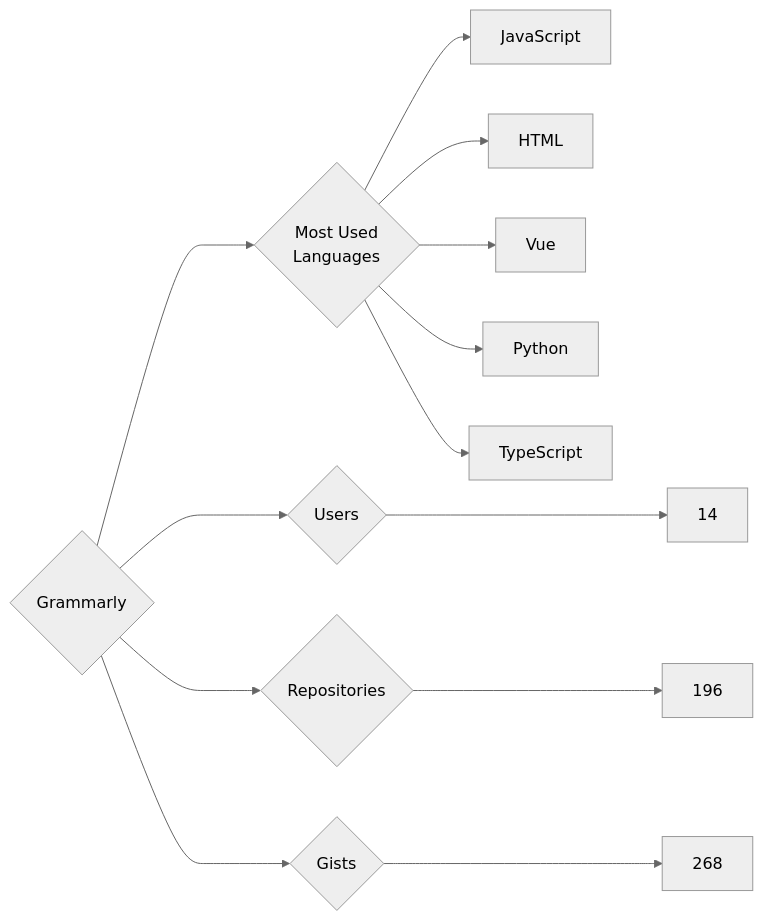
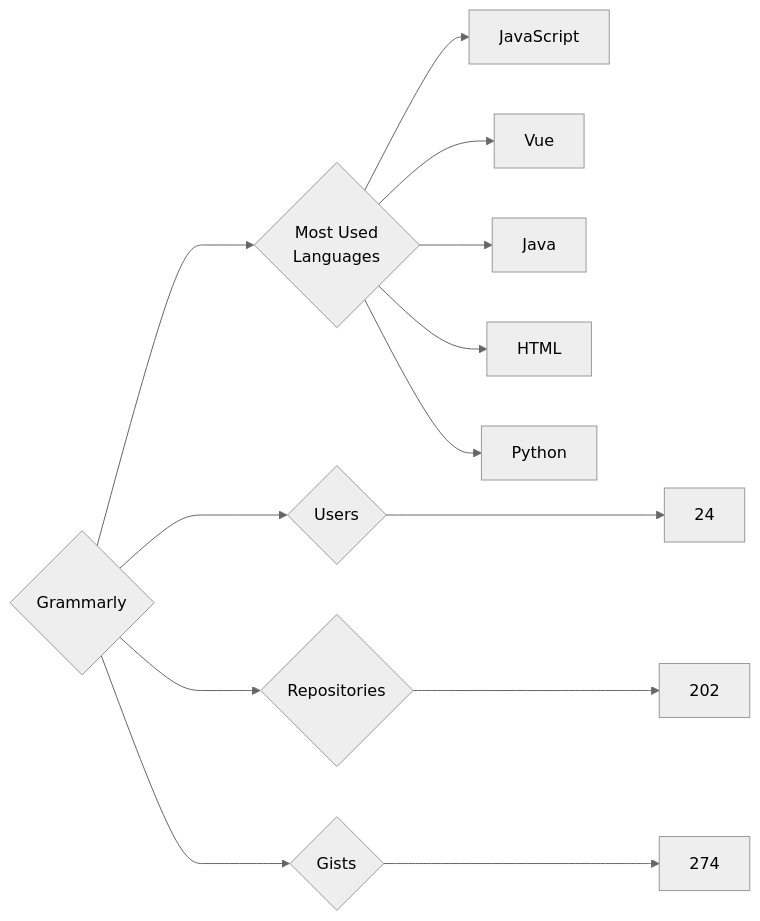
The diagram in targets/Grammarly/README.md (trickest/insiders), drawn with Mermaid (neutral theme) before and after one commit. The commit also changed 718 other files, not shown here.

````diff
--- a/targets/Grammarly/README.md
+++ b/targets/Grammarly/README.md
@@ -3,13 +3,13 @@
 ```mermaid
 graph LR
 COMPANY_NAME{Grammarly}
-COMPANY_NAME ---> U{Users} ---> UN[14]
-COMPANY_NAME ---> R{Repositories} ---> RN[196]
-COMPANY_NAME ---> G{Gists} ---> GN[268]
+COMPANY_NAME ---> U{Users} ---> UN[24]
+COMPANY_NAME ---> R{Repositories} ---> RN[202]
+COMPANY_NAME ---> G{Gists} ---> GN[274]
 COMPANY_NAME ---> ML{Most Used<br>Languages}
 ML --> JavaScript[JavaScript]
+ML --> Vue[Vue]
+ML --> Java[Java]
 ML --> HTML[HTML]
-ML --> Vue[Vue]
 ML --> Python[Python]
-ML --> TypeScript[TypeScript]
 ```
````
